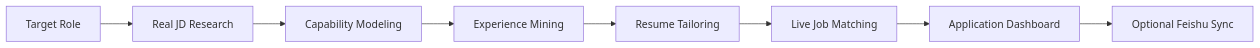
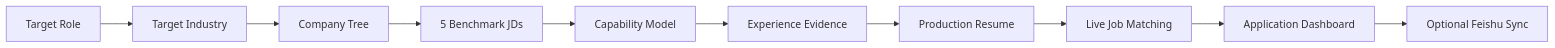
The diagram in README.md (5JjiaLin/JobHuntBot), drawn with Mermaid before and after one commit. The commit also changed other lines of this file and 18 other files, not shown here.

First line of the commit message:
v1.1.0: industry-first workflow and production resume output

````diff
--- a/README.md
+++ b/README.md
@@ -23,10 +21,12 @@
 ```mermaid
 flowchart LR
-    A[Target Role] --> B[Real JD Research]
-    B --> C[Capability Modeling]
-    C --> D[Experience Mining]
-    D --> E[Resume Tailoring]
-    E --> F[Live Job Matching]
-    F --> G[Application Dashboard]
-    G --> H[Optional Feishu Sync]
+    A[Target Role] --> B[Target Industry]
+    B --> C[Company Tree]
+    C --> D[5 Benchmark JDs]
+    D --> E[Capability Model]
+    E --> F[Experience Evidence]
+    F --> G[Production Resume]
+    G --> H[Live Job Matching]
+    H --> I[Application Dashboard]
+    I --> J[Optional Feishu Sync]
 ```
````
